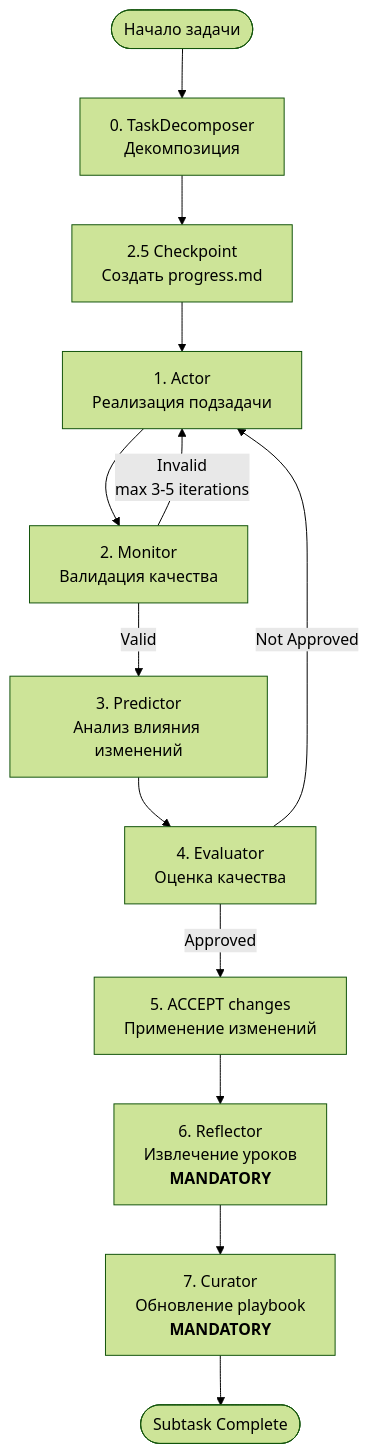
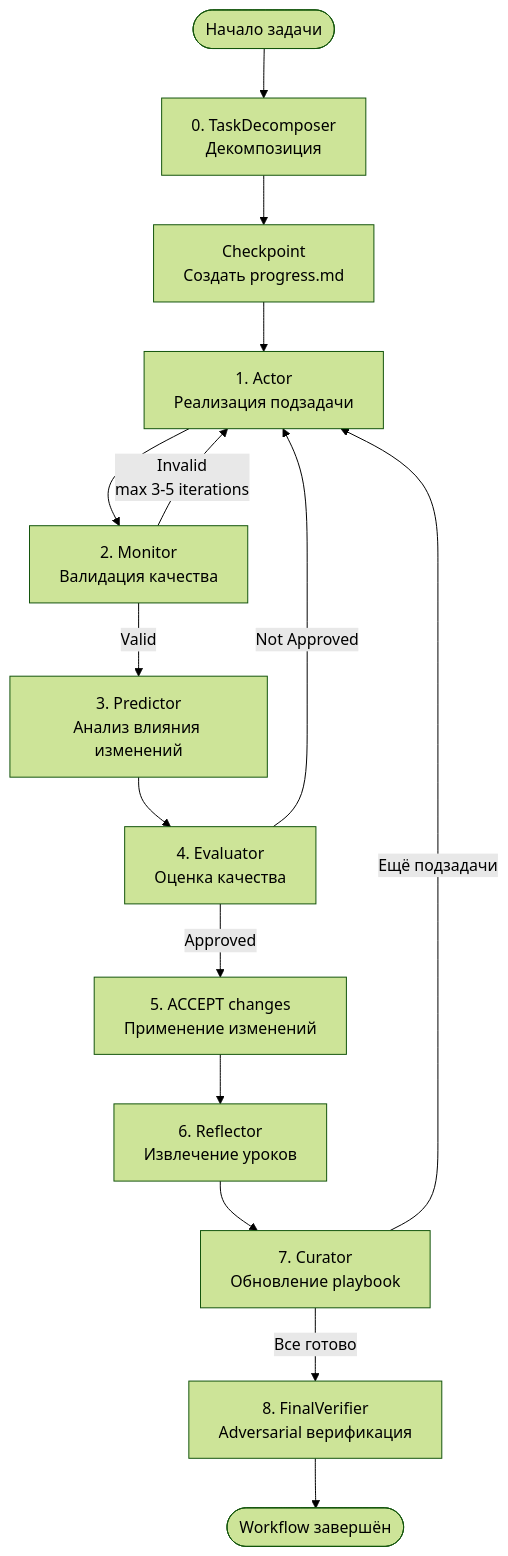
The diagram in presentation/ru/03-workflow.md (azalio/map-framework), drawn with Mermaid (forest theme) before and after one commit. The commit also changed 4 other files, not shown here.

First line of the commit message:
fix: update test fixtures to cover all 12 agents/10 commands, add FinalVerifier to diagrams

````diff
--- a/presentation/ru/03-workflow.md
+++ b/presentation/ru/03-workflow.md
@@ -9,20 +9,22 @@
 ```mermaid
 flowchart TD
     Start([Начало задачи]) --> Decompose[0. TaskDecomposer<br/>Декомпозиция]
-    Decompose --> Plan[2.5 Checkpoint<br/>Создать progress.md]
+    Decompose --> Plan[Checkpoint<br/>Создать progress.md]
     Plan --> Actor[1. Actor<br/>Реализация подзадачи]
     Actor --> Monitor[2. Monitor<br/>Валидация качества]
 
     Monitor -->|Valid| Predictor[3. Predictor<br/>Анализ влияния изменений]
     Monitor -->|Invalid<br/>max 3-5 iterations| Actor
 
     Predictor --> Evaluator[4. Evaluator<br/>Оценка качества]
 
     Evaluator -->|Approved| Accept[5. ACCEPT changes<br/>Применение изменений]
     Evaluator -->|Not Approved| Actor
 
-    Accept --> Reflector[6. Reflector<br/>Извлечение уроков<br/><b>MANDATORY</b>]
-    Reflector --> Curator[7. Curator<br/>Обновление playbook<br/><b>MANDATORY</b>]
+    Accept --> Reflector[6. Reflector<br/>Извлечение уроков]
+    Reflector --> Curator[7. Curator<br/>Обновление playbook]
 
-    Curator --> End([Subtask Complete])
+    Curator -->|Ещё подзадачи| Actor
+    Curator -->|Все готово| Verifier[8. FinalVerifier<br/>Adversarial верификация]
+    Verifier --> End([Workflow завершён])
 ```
````
